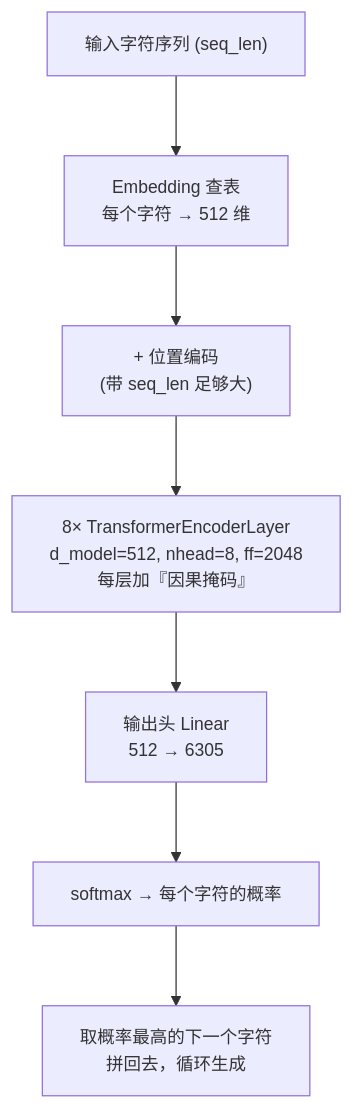
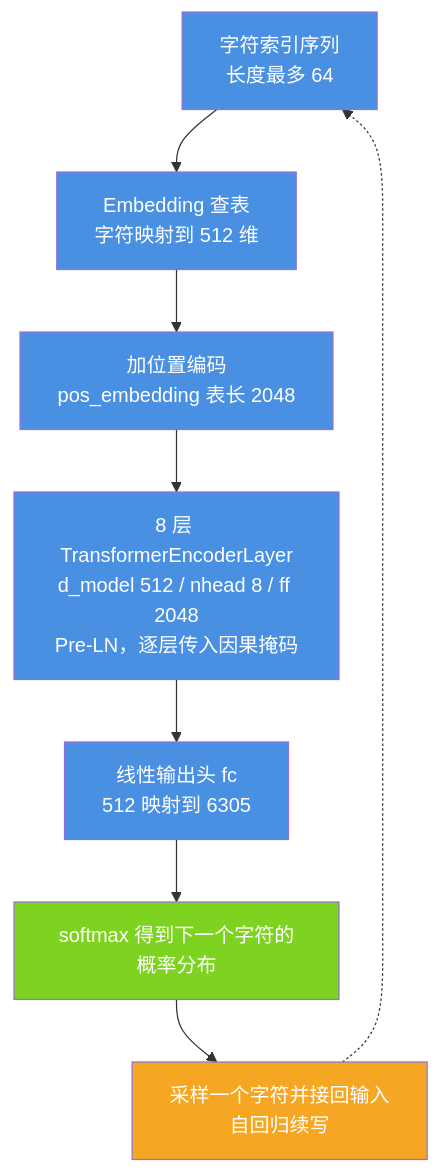
One commit to jiangchuangege/xiaojiao-harnees changed the third of 5 diagrams in docs/xiaojiao_model.md. Above: the diagram before and after it, drawn with Mermaid. The commit also changed other lines of this file and 51 other files, not shown here.

````diff
--- a/docs/xiaojiao_model.md
+++ b/docs/xiaojiao_model.md
@@ -72,11 +141,17 @@
 ```mermaid
-%%{init: {"themeVariables": {"fontSize": "14px"}, "flowchart": {"htmlLabels": true, "wrappingWidth": 320, "nodeSpacing": 46, "rankSpacing": 64, "useMaxWidth": true}}}%%
-flowchart TD
-    A["输入字符序列 (seq_len)"]
-    A --> B["Embedding 查表<br/>每个字符 → 512 维"]
-    B --> C["+ 位置编码<br/>(带 seq_len 足够大)"]
-    C --> D["8× TransformerEncoderLayer<br/>d_model=512, nhead=8, ff=2048<br/>每层加『因果掩码』"]
-    D --> E["输出头 Linear<br/>512 → 6305"]
-    E --> F["softmax → 每个字符的概率"]
-    F --> G["取概率最高的下一个字符<br/>拼回去，循环生成"]
+flowchart TB
+    A["字符索引序列<br/>长度最多 64"] --> B["Embedding 查表<br/>字符映射到 512 维"]
+    B --> C["加位置编码<br/>pos_embedding 表长 2048"]
+    C --> D["8 层 TransformerEncoderLayer<br/>d_model 512 / nhead 8 / ff 2048<br/>Pre-LN，逐层传入因果掩码"]
+    D --> E["线性输出头 fc<br/>512 映射到 6305"]
+    E --> F["softmax 得到下一个字符的概率分布"]
+    F --> G["采样一个字符并接回输入<br/>自回归续写"]
+    G -.-> A
+    style A fill:#4A90E2,color:#fff
+    style B fill:#4A90E2,color:#fff
+    style C fill:#4A90E2,color:#fff
+    style D fill:#4A90E2,color:#fff
+    style E fill:#4A90E2,color:#fff
+    style F fill:#7ED321,color:#fff
+    style G fill:#F5A623,color:#fff
 ```
````
